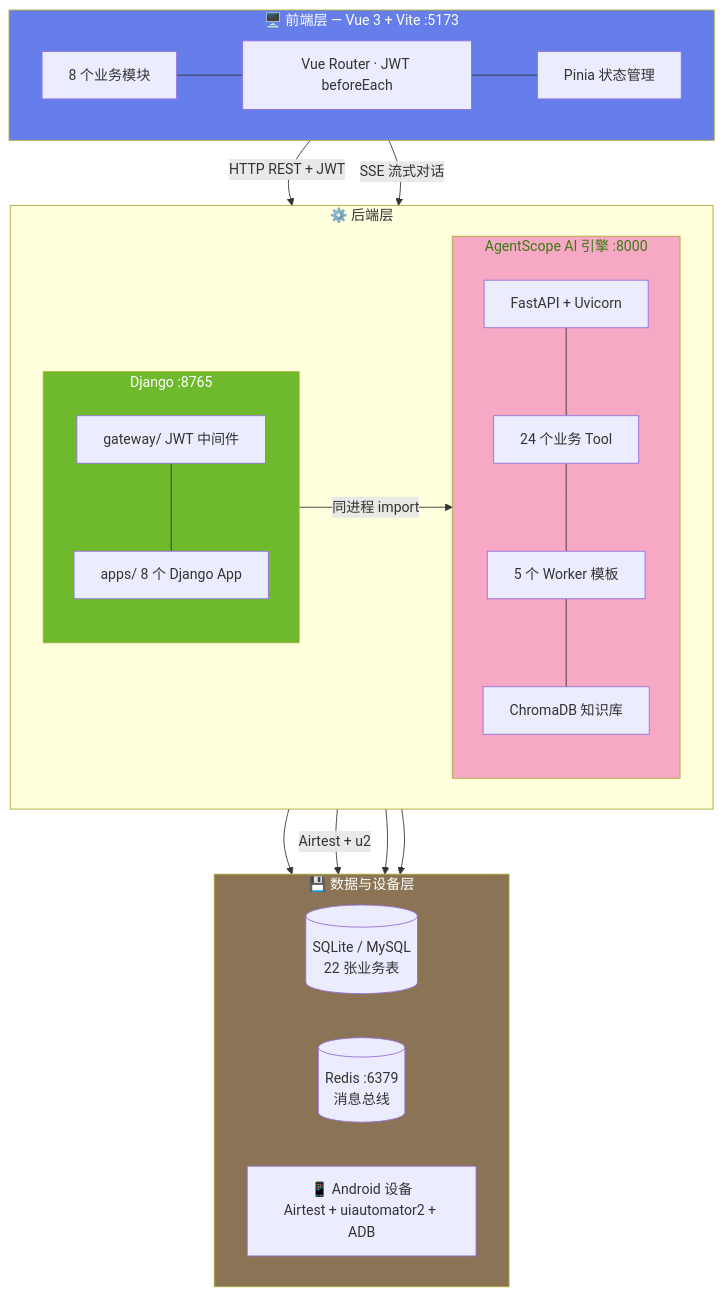
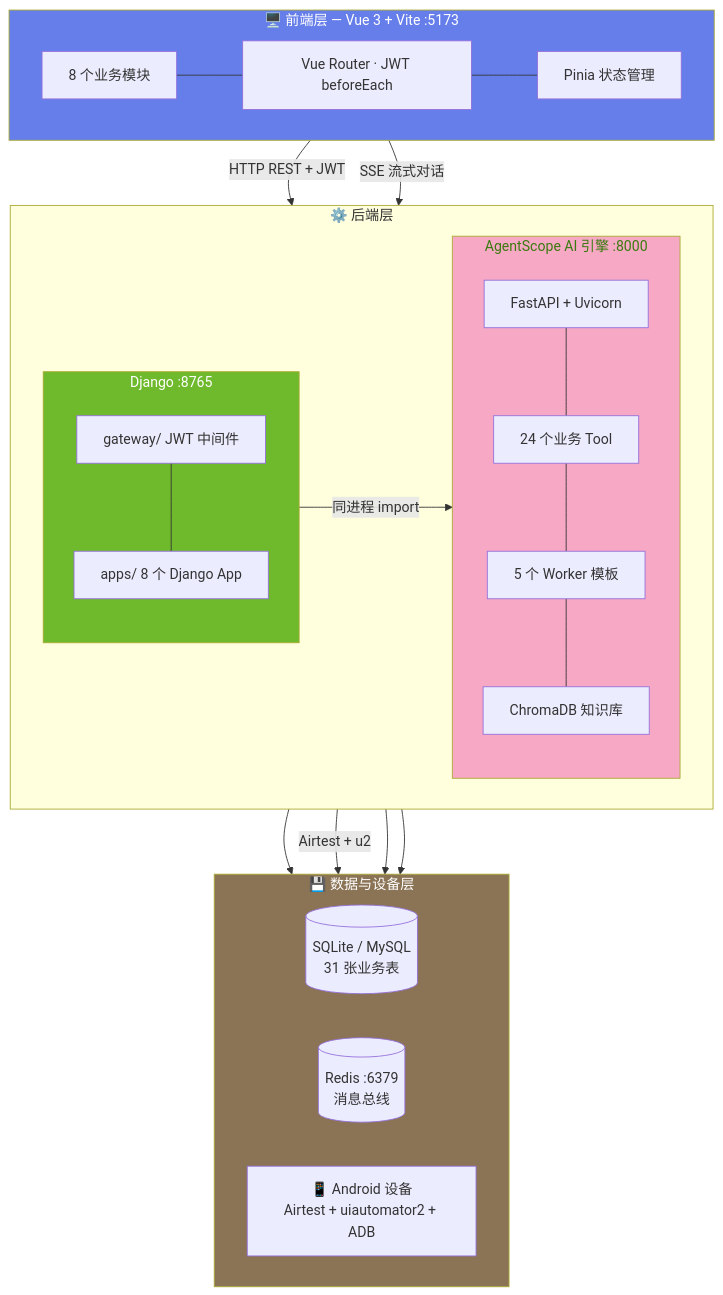
One commit to Kahoku-lazy/Android-AutoTests changed the first of 6 diagrams in dev_docs/03-设计与架构/架构大纲.md. Above: the diagram before and after it, drawn with Mermaid. The commit also changed other lines of this file and 6 other files, not shown here.

````diff
--- a/dev_docs/03-设计与架构/架构大纲.md
+++ b/dev_docs/03-设计与架构/架构大纲.md
@@ -26,46 +26,46 @@
 ```mermaid
 flowchart TB
     subgraph L1["🖥️ 前端层 — Vue 3 + Vite :5173"]
         direction LR
         UI["8 个业务模块"]
         Router["Vue Router · JWT beforeEach"]
         State["Pinia 状态管理"]
         UI --- Router --- State
     end
 
     subgraph L2["⚙️ 后端层"]
         direction LR
         subgraph Django_L2["Django :8765"]
             GW["gateway/ JWT 中间件"]
             Apps["apps/ 8 个 Django App"]
             GW --- Apps
         end
         subgraph AS_L2["AgentScope AI 引擎 :8000"]
             FA["FastAPI + Uvicorn"]
             Tools["24 个业务 Tool"]
             Teams["5 个 Worker 模板"]
             RAG["ChromaDB 知识库"]
             FA --- Tools --- Teams --- RAG
         end
     end
 
     subgraph L3["💾 数据与设备层"]
         direction LR
-        DB[("SQLite / MySQL<br/>22 张业务表")]
+        DB[("SQLite / MySQL<br/>31 张业务表")]
         Redis[("Redis :6379<br/>消息总线")]
         Android["📱 Android 设备<br/>Airtest + uiautomator2 + ADB"]
     end
 
     L1 -->|"HTTP REST + JWT"| Django_L2
     L1 -->|"SSE 流式对话"| AS_L2
     Django_L2 -->|"同进程 import"| AS_L2
     Django_L2 --> DB
     Django_L2 -->|"Airtest + u2"| Android
     AS_L2 --> Redis
     Django_L2 --> Redis
 
     style L1 fill:#667eea,color:#fff
     style Django_L2 fill:#6fba2c,color:#fff
     style AS_L2 fill:#f7a8c4,color:#3a7a10
     style L3 fill:#8b7355,color:#fff
 ```
````
